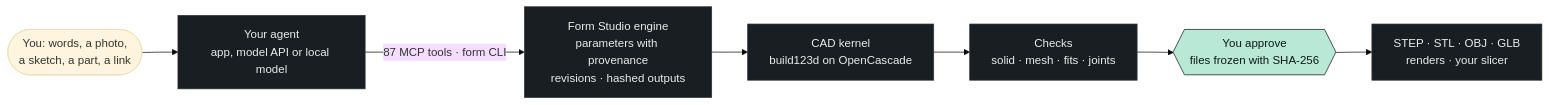
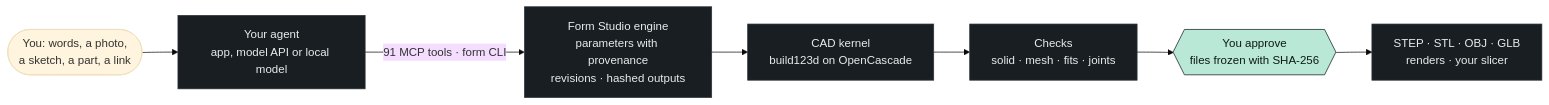
One commit to kaizensx/form-studio changed the diagram in README.md. Above: the diagram before and after it, drawn with Mermaid (base theme). The commit also changed other lines of this file and 6 other files, not shown here.

````diff
--- a/README.md
+++ b/README.md
@@ -53,13 +53,13 @@
 ```mermaid
 flowchart LR
   you(["You: words, a photo,<br/>a sketch, a part, a link"]) --> agent["Your agent<br/>app, model API or local model"]
-  agent -- "87 MCP tools · form CLI" --> engine["Form Studio engine<br/>parameters with provenance<br/>revisions · hashed outputs"]
+  agent -- "91 MCP tools · form CLI" --> engine["Form Studio engine<br/>parameters with provenance<br/>revisions · hashed outputs"]
   engine --> kernel["CAD kernel<br/>build123d on OpenCascade"]
   kernel --> checks["Checks<br/>solid · mesh · fits · joints"]
   checks --> release{{"You approve<br/>files frozen with SHA-256"}}
   release --> out["STEP · STL · OBJ · GLB<br/>renders · your slicer"]
   classDef datum fill:#b9e8d7,stroke:#0d1a16,color:#0d1a16
   classDef plate fill:#191e22,stroke:#2a3238,color:#e8edeb
   class release datum
   class agent,engine,kernel,checks,out plate
 ```
````
